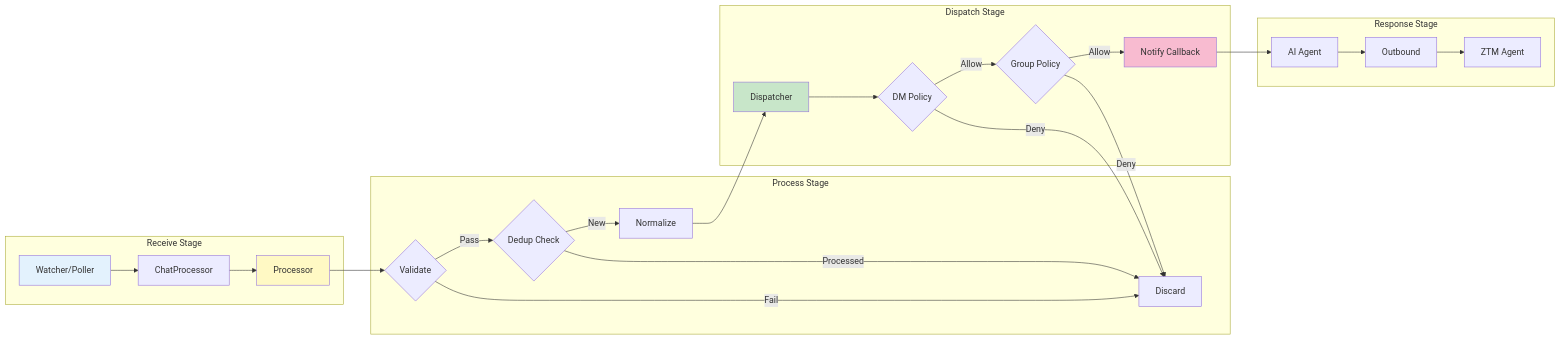
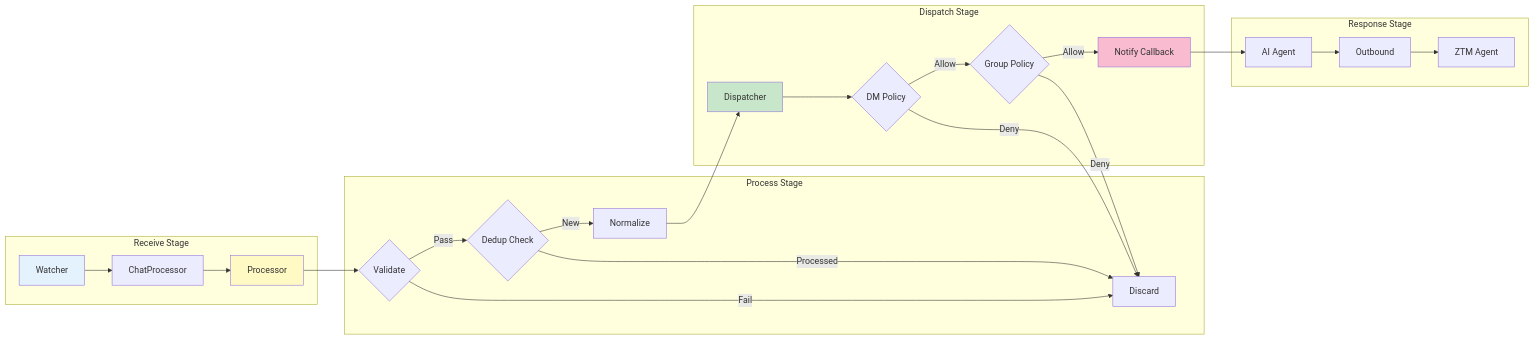
One commit to clawparty-ai/openclaw-channel-plugin-ztm changed the third of 11 diagrams in docs/architecture.md. Above: the diagram before and after it, drawn with Mermaid. The commit also changed other lines of this file and 44 other files, not shown here.

````diff
--- a/docs/architecture.md
+++ b/docs/architecture.md
@@ -232,35 +231,35 @@
 ```mermaid
 flowchart LR
     subgraph "Receive Stage"
-        A[Watcher/Poller] --> B[ChatProcessor]
+        A[Watcher] --> B[ChatProcessor]
         B --> C[Processor]
     end
 
     subgraph "Process Stage"
         C --> D{Validate}
         D -->|Pass| E{Dedup Check}
         D -->|Fail| F[Discard]
         E -->|New| G[Normalize]
         E -->|Processed| F
     end
 
     subgraph "Dispatch Stage"
         G --> H[Dispatcher]
         H --> I{DM Policy}
         I -->|Allow| J{Group Policy}
         I -->|Deny| F
         J -->|Allow| K[Notify Callback]
         J -->|Deny| F
     end
 
     subgraph "Response Stage"
         K --> L[AI Agent]
         L --> M[Outbound]
         M --> N[ZTM Agent]
     end
 
     style A fill:#e3f2fd
     style C fill:#fff9c4
     style H fill:#c8e6c9
     style K fill:#f8bbd0
 ```
````
